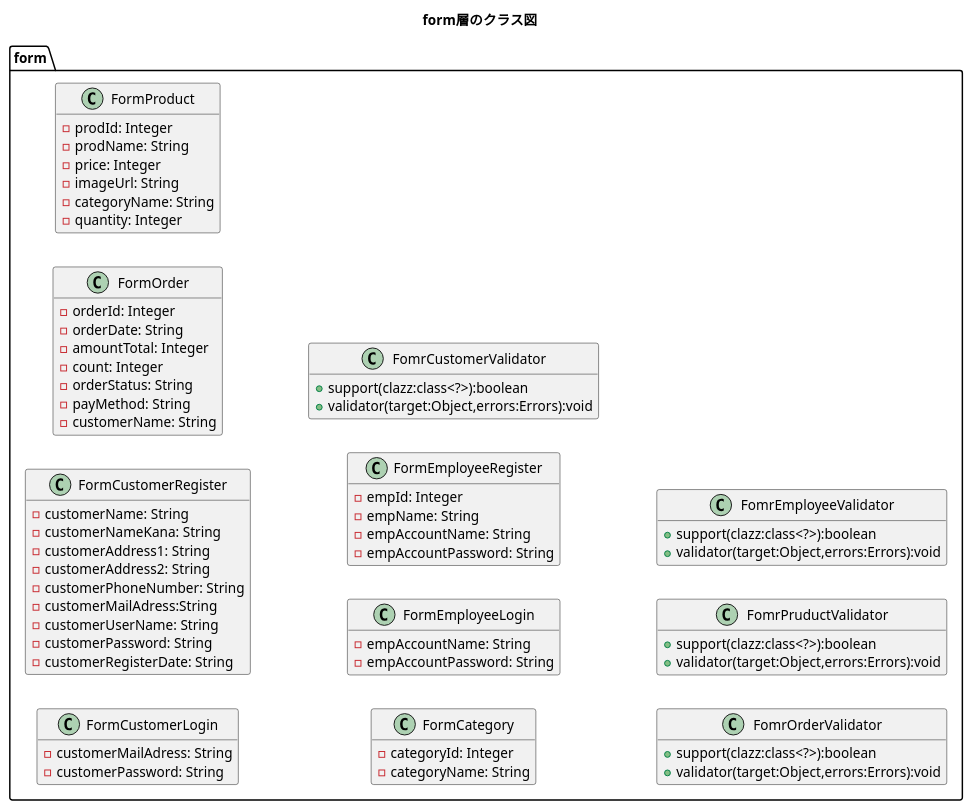
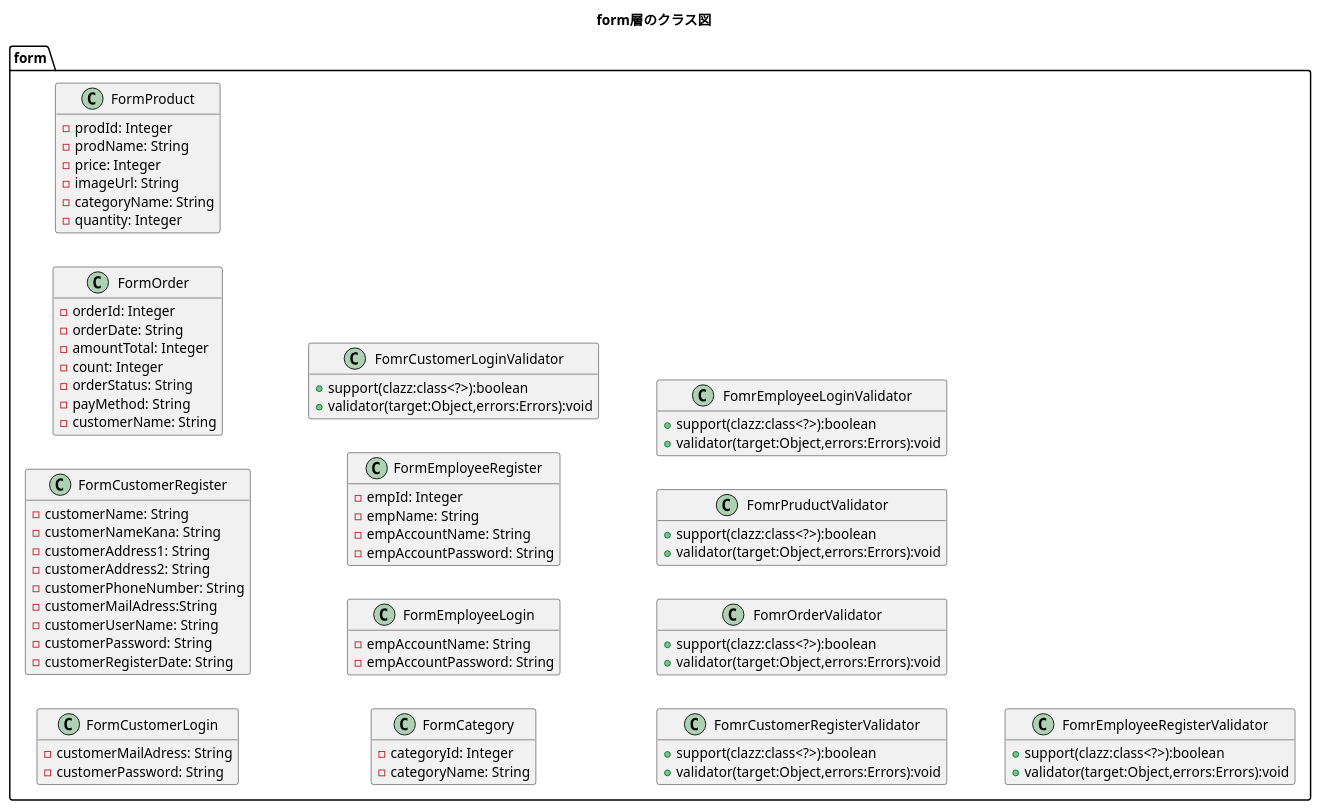
Before and after one commit to kanavii3333/ec-b: the diagram in plan/uml/class/form.plantuml, drawn with PlantUML. The commit also changed 17 other files, not shown here.

Commit message:
クラス図修正

```diff
--- a/plan/uml/class/form.plantuml
+++ b/plan/uml/class/form.plantuml
@@ -1,80 +1,90 @@
 @startuml
 title form層のクラス図
 hide empty members
 left to right direction
 
 package form{
 	class FormCustomerLogin{
 		-customerMailAdress: String
 		-customerPassword: String
 	}
 
     class FormCustomerRegister{
         -customerName: String
         -customerNameKana: String
         -customerAddress1: String
         -customerAddress2: String
         -customerPhoneNumber: String
         -customerMailAdress:String
         -customerUserName: String
         -customerPassword: String
         -customerRegisterDate: String
     }
 
     class FormOrder{
         -orderId: Integer
         -orderDate: String
         -amountTotal: Integer
         -count: Integer
         -orderStatus: String
         -payMethod: String
         -customerName: String
     }
 
     class FormProduct{
         -prodId: Integer
         -prodName: String
         -price: Integer
         -imageUrl: String
         -categoryName: String
         -quantity: Integer
     }
     
     class FormCategory{
         -categoryId: Integer
         -categoryName: String
     }
 	
 	class FormEmployeeLogin{
 		-empAccountName: String
         -empAccountPassword: String
 	}
 	
 	class FormEmployeeRegister{
 		-empId: Integer
 		-empName: String
 		-empAccountName: String
         -empAccountPassword: String
 	}
     
-    class FomrCustomerValidator{
+    class FomrCustomerLoginValidator{
+		+support(clazz:class<?>):boolean
+		+validator(target:Object,errors:Errors):void
+    }
+
+    class FomrCustomerRegisterValidator{
 		+support(clazz:class<?>):boolean
 		+validator(target:Object,errors:Errors):void
     }
     
     class FomrOrderValidator{
 		+support(clazz:class<?>):boolean
 		+validator(target:Object,errors:Errors):void
     }
     
     class FomrPruductValidator{
 		+support(clazz:class<?>):boolean
 		+validator(target:Object,errors:Errors):void
     }
     
-    class FomrEmployeeValidator{
+    class FomrEmployeeLoginValidator{
+		+support(clazz:class<?>):boolean
+		+validator(target:Object,errors:Errors):void
+    }
+
+    class FomrEmployeeRegisterValidator{
 		+support(clazz:class<?>):boolean
 		+validator(target:Object,errors:Errors):void
     }
 }
 @enduml
```
